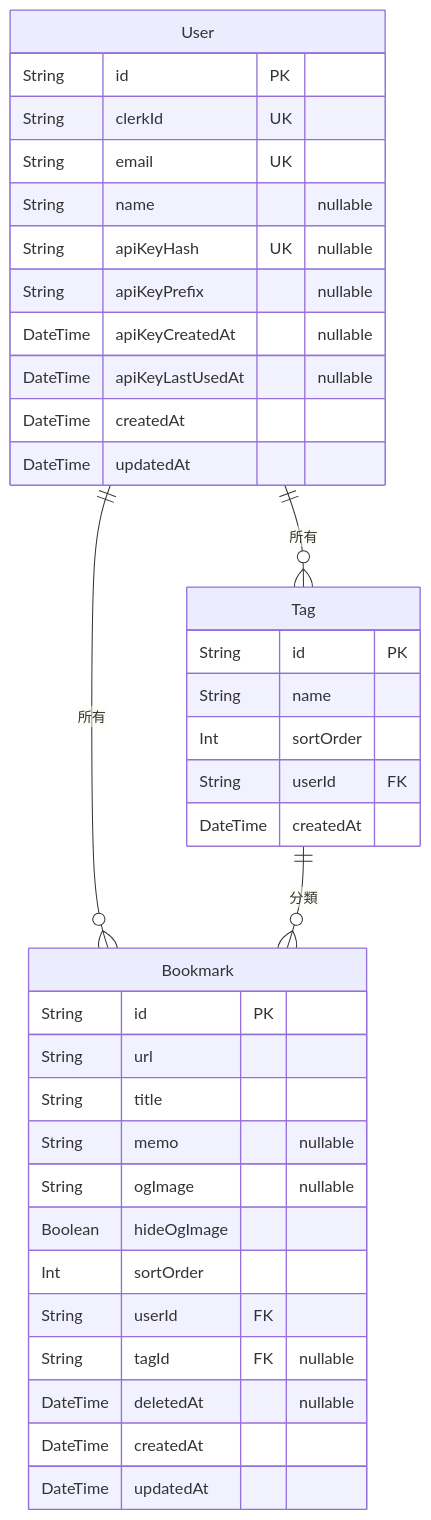
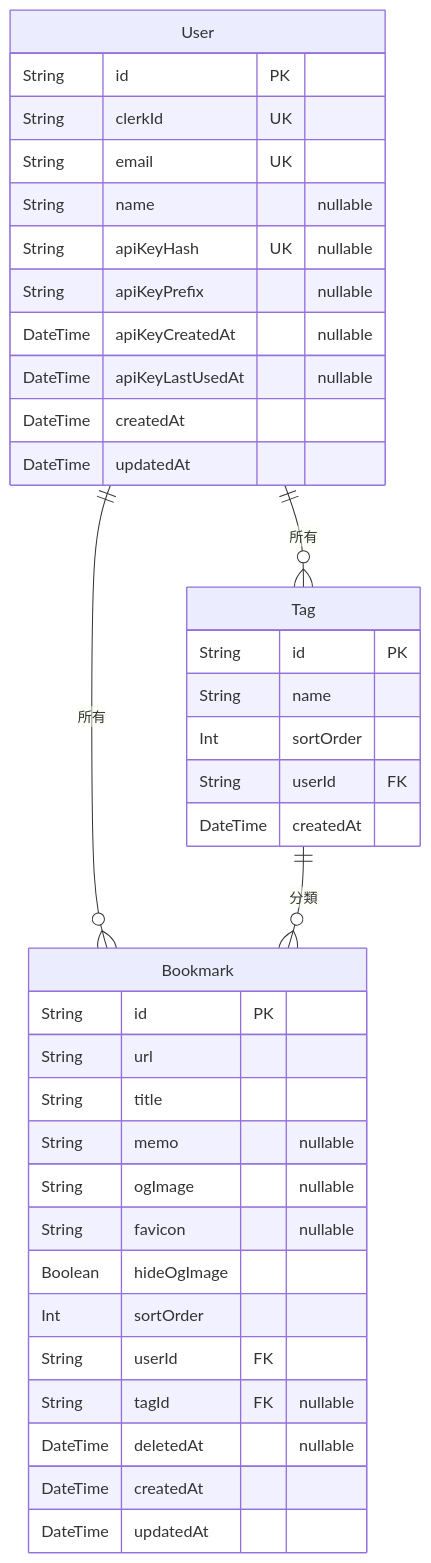
The diagram in docs/schema.md (ot-nemoto/link-hub), drawn with Mermaid before and after one commit. The commit also changed other lines of this file and 29 other files, not shown here.

````diff
--- a/docs/schema.md
+++ b/docs/schema.md
@@ -9,40 +9,41 @@
 ```mermaid
 erDiagram
     User {
         String id PK
         String clerkId UK
         String email UK
         String name "nullable"
         String apiKeyHash UK "nullable"
         String apiKeyPrefix "nullable"
         DateTime apiKeyCreatedAt "nullable"
         DateTime apiKeyLastUsedAt "nullable"
         DateTime createdAt
         DateTime updatedAt
     }
     Bookmark {
         String id PK
         String url
         String title
         String memo "nullable"
         String ogImage "nullable"
+        String favicon "nullable"
         Boolean hideOgImage
         Int sortOrder
         String userId FK
         String tagId FK "nullable"
         DateTime deletedAt "nullable"
         DateTime createdAt
         DateTime updatedAt
     }
     Tag {
         String id PK
         String name
         Int sortOrder
         String userId FK
         DateTime createdAt
     }
 
     User ||--o{ Bookmark : "所有"
     User ||--o{ Tag : "所有"
     Tag ||--o{ Bookmark : "分類"
 ```
````
